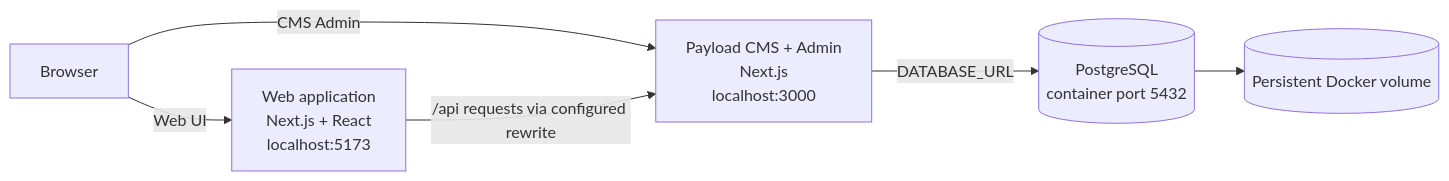
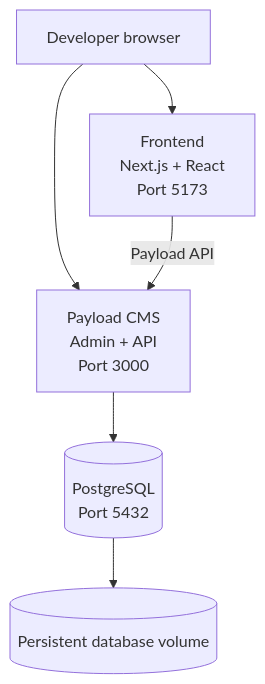
Before and after one commit to erarvind22verma/AlphaProTrade: the diagram in AlphaProTrade-Developer-Setup-Guide.md, drawn with Mermaid. The commit also changed other lines of this file and 1 other file, not shown here.

````diff
--- a/AlphaProTrade-Developer-Setup-Guide.md
+++ b/AlphaProTrade-Developer-Setup-Guide.md
@@ -40,14 +29,14 @@
 ```mermaid
-flowchart LR
-  Browser[Browser]
-  Web[Web application<br/>Next.js + React<br/>localhost:5173]
-  CMS[Payload CMS + Admin<br/>Next.js<br/>localhost:3000]
-  DB[(PostgreSQL<br/>container port 5432)]
-  Volume[(Persistent Docker volume)]
+flowchart TB
+    Browser[Developer browser]
+    Web[Frontend<br/>Next.js + React<br/>Port 5173]
+    CMS[Payload CMS<br/>Admin + API<br/>Port 3000]
+    DB[(PostgreSQL<br/>Port 5432)]
+    Data[(Persistent database volume)]
 
-  Browser -->|Web UI| Web
-  Browser -->|CMS Admin| CMS
-  Web -->|/api requests via configured rewrite| CMS
-  CMS -->|DATABASE_URL| DB
-  DB --> Volume
+    Browser --> Web
+    Browser --> CMS
+    Web -->|Payload API| CMS
+    CMS --> DB
+    DB --> Data
 ```
````
